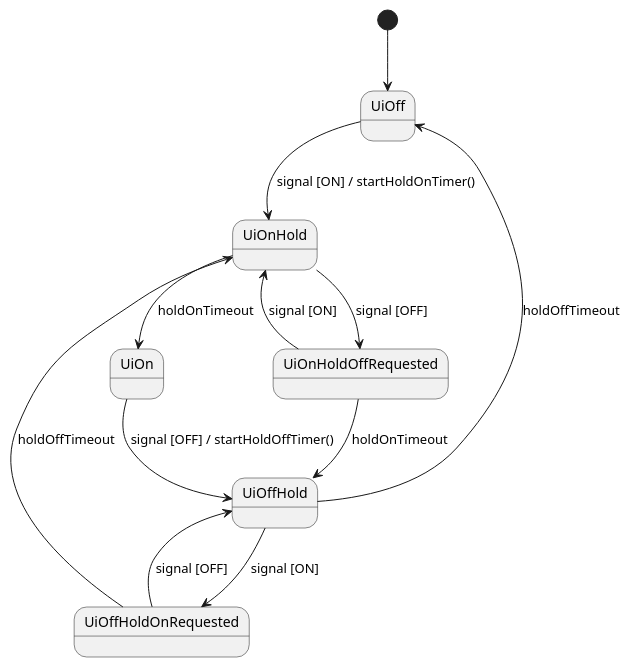
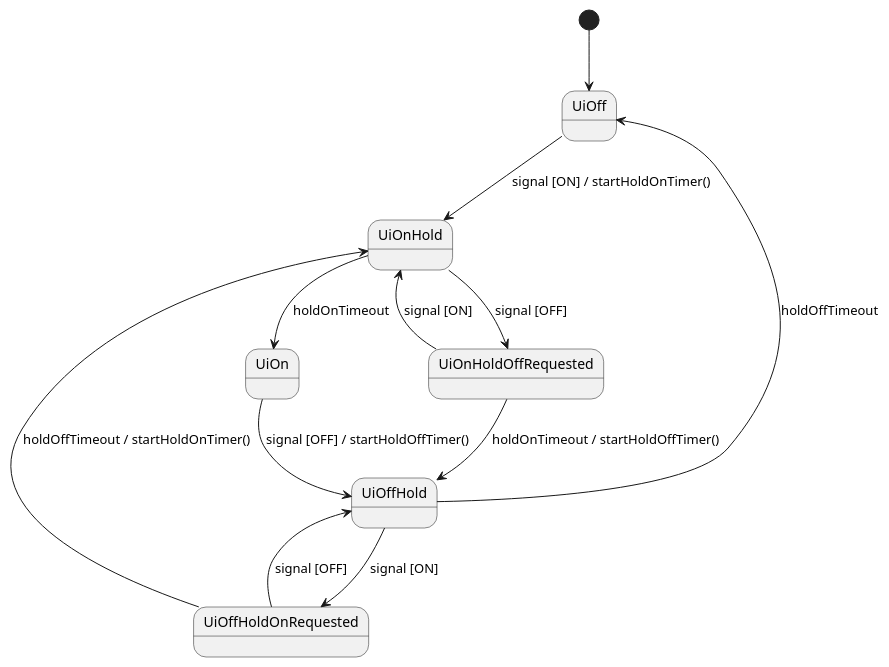
Before and after one commit to scandyna/MdtTerminal: the diagram in doc/plantuml/StateDiagrams/PinoutSignalsUiController.puml, drawn with PlantUML. The commit also changed 1 other file, not shown here.

```diff
--- a/doc/plantuml/StateDiagrams/PinoutSignalsUiController.puml
+++ b/doc/plantuml/StateDiagrams/PinoutSignalsUiController.puml
@@ -1,20 +1,20 @@
 @startuml
 
 [*] --> UiOff
 UiOff --> UiOnHold : signal [ON] / startHoldOnTimer()
 
 UiOnHold --> UiOn : holdOnTimeout
 UiOnHold --> UiOnHoldOffRequested : signal [OFF]
 UiOnHoldOffRequested --> UiOnHold : signal [ON]
 
-UiOnHoldOffRequested --> UiOffHold : holdOnTimeout
+UiOnHoldOffRequested --> UiOffHold : holdOnTimeout / startHoldOffTimer()
 
 UiOn --> UiOffHold : signal [OFF] / startHoldOffTimer()
 
 UiOffHold --> UiOffHoldOnRequested : signal [ON]
 UiOffHoldOnRequested --> UiOffHold : signal [OFF]
 
 UiOffHold --> UiOff : holdOffTimeout
-UiOffHoldOnRequested --> UiOnHold : holdOffTimeout
+UiOffHoldOnRequested --> UiOnHold : holdOffTimeout / startHoldOnTimer()
 
 @enduml
```
